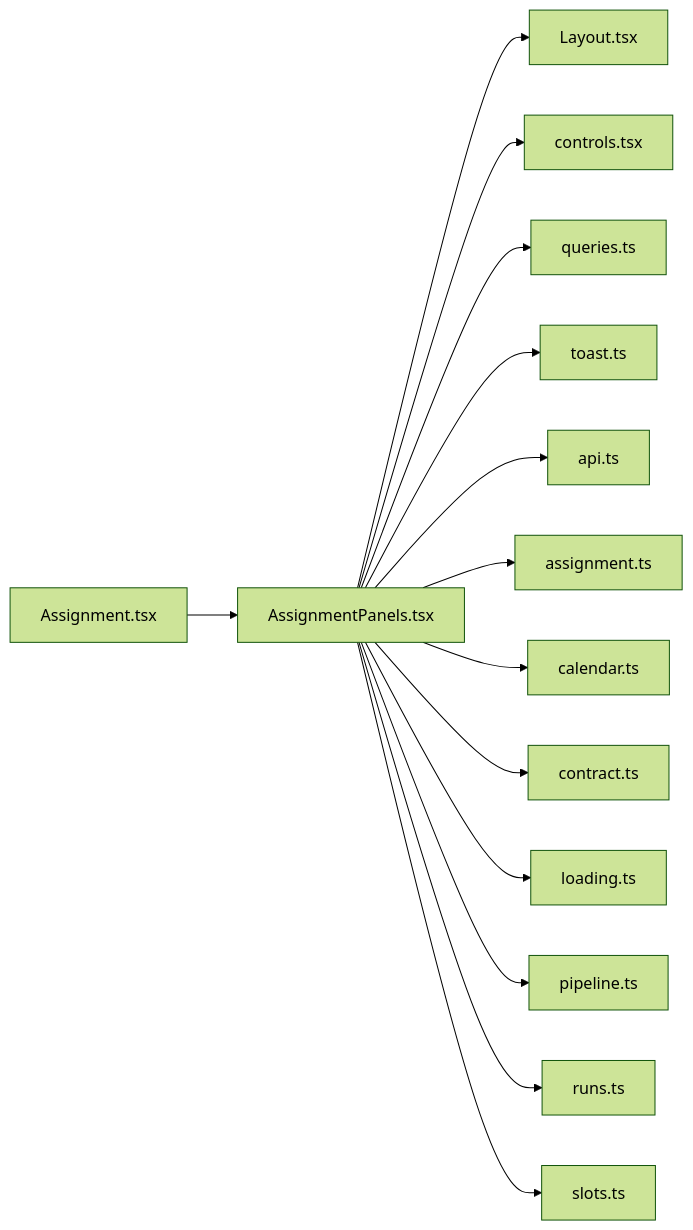
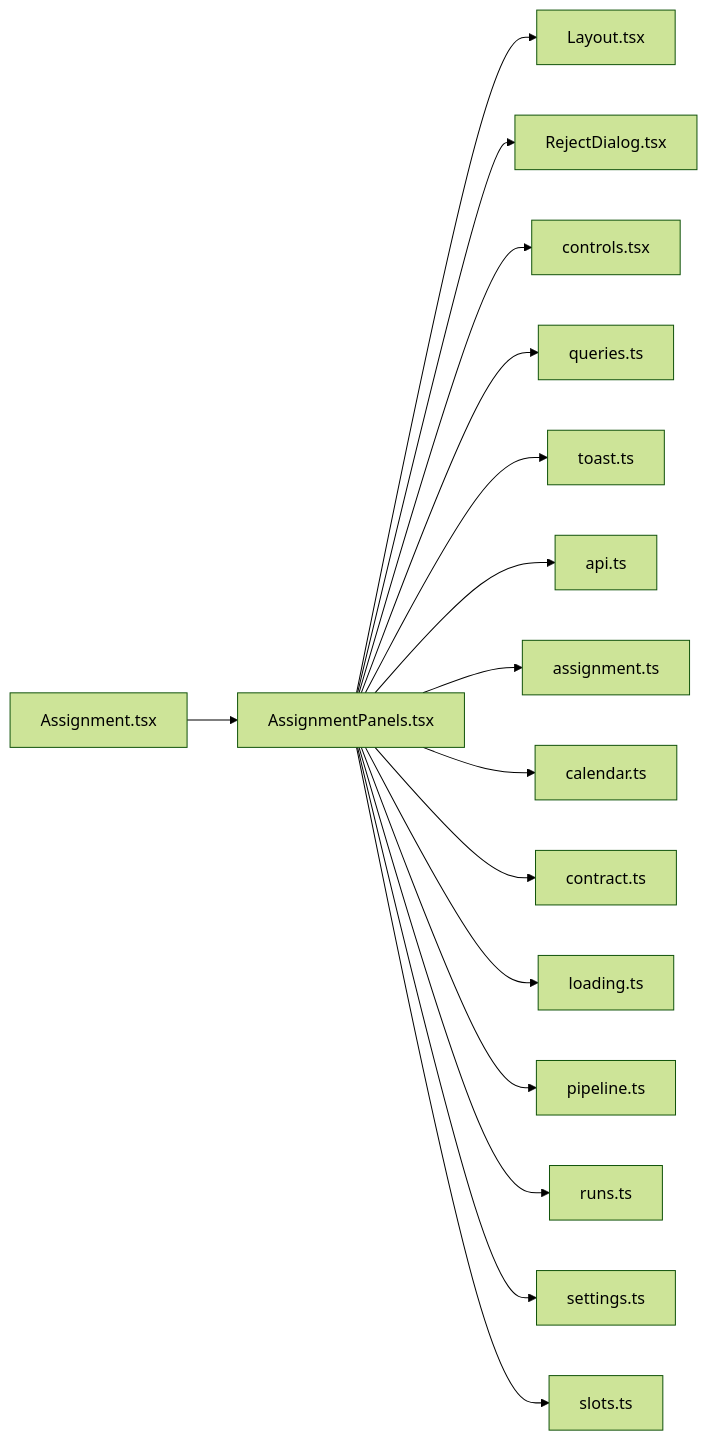
One commit to minkong-dev/Banblit changed the diagram in .cluedoc/graph/frontend/src/routes/AssignmentPanels.md. Above: the diagram before and after it, drawn with Mermaid (forest theme). The commit also changed other lines of this file and 9 other files, not shown here.

Commit message:
frontend: move the unfix button to the assignment result screen

````diff
--- a/.cluedoc/graph/frontend/src/routes/AssignmentPanels.md
+++ b/.cluedoc/graph/frontend/src/routes/AssignmentPanels.md
@@ -10,17 +10,19 @@
 ```mermaid
 flowchart LR
   frontend_src_routes_AssignmentPanels["AssignmentPanels.tsx"]
   frontend_src_routes_AssignmentPanels --> frontend_src_components_Layout["Layout.tsx"]
+  frontend_src_routes_AssignmentPanels --> frontend_src_components_RejectDialog["RejectDialog.tsx"]
   frontend_src_routes_AssignmentPanels --> frontend_src_components_controls["controls.tsx"]
   frontend_src_routes_AssignmentPanels --> frontend_src_components_queries["queries.ts"]
   frontend_src_routes_AssignmentPanels --> frontend_src_components_toast["toast.ts"]
   frontend_src_routes_AssignmentPanels --> frontend_src_lib_api["api.ts"]
   frontend_src_routes_AssignmentPanels --> frontend_src_lib_assignment["assignment.ts"]
   frontend_src_routes_AssignmentPanels --> frontend_src_lib_calendar["calendar.ts"]
   frontend_src_routes_AssignmentPanels --> frontend_src_lib_contract["contract.ts"]
   frontend_src_routes_AssignmentPanels --> frontend_src_lib_loading["loading.ts"]
   frontend_src_routes_AssignmentPanels --> frontend_src_lib_pipeline["pipeline.ts"]
   frontend_src_routes_AssignmentPanels --> frontend_src_lib_runs["runs.ts"]
+  frontend_src_routes_AssignmentPanels --> frontend_src_lib_settings["settings.ts"]
   frontend_src_routes_AssignmentPanels --> frontend_src_lib_slots["slots.ts"]
   frontend_src_routes_Assignment["Assignment.tsx"] --> frontend_src_routes_AssignmentPanels
 ```
````
